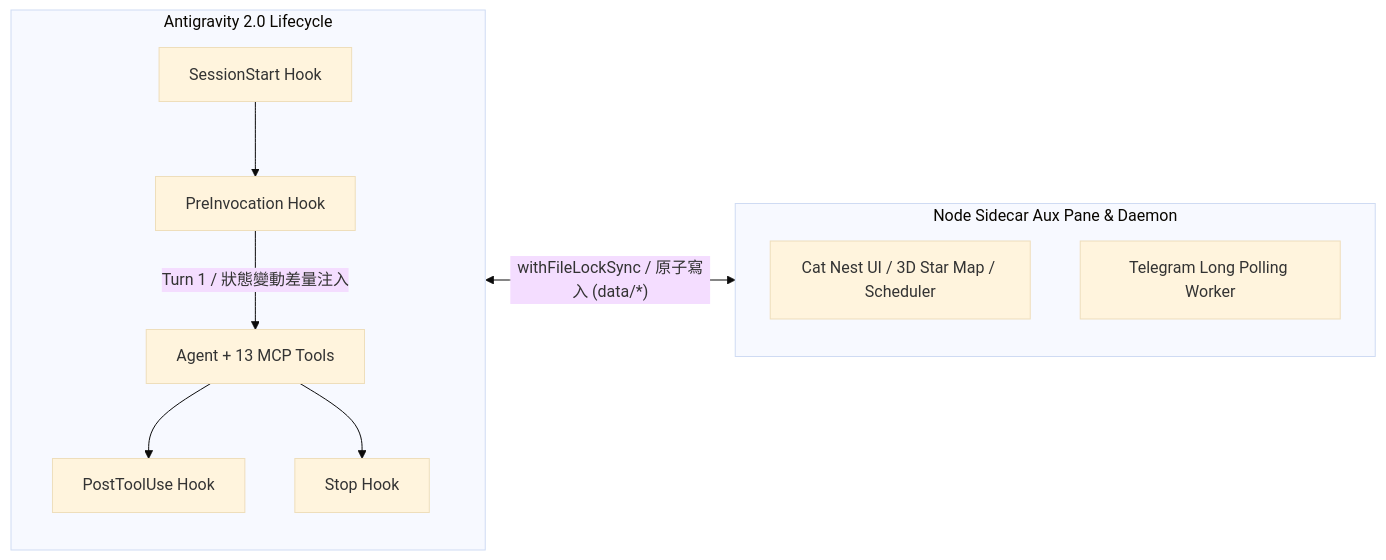
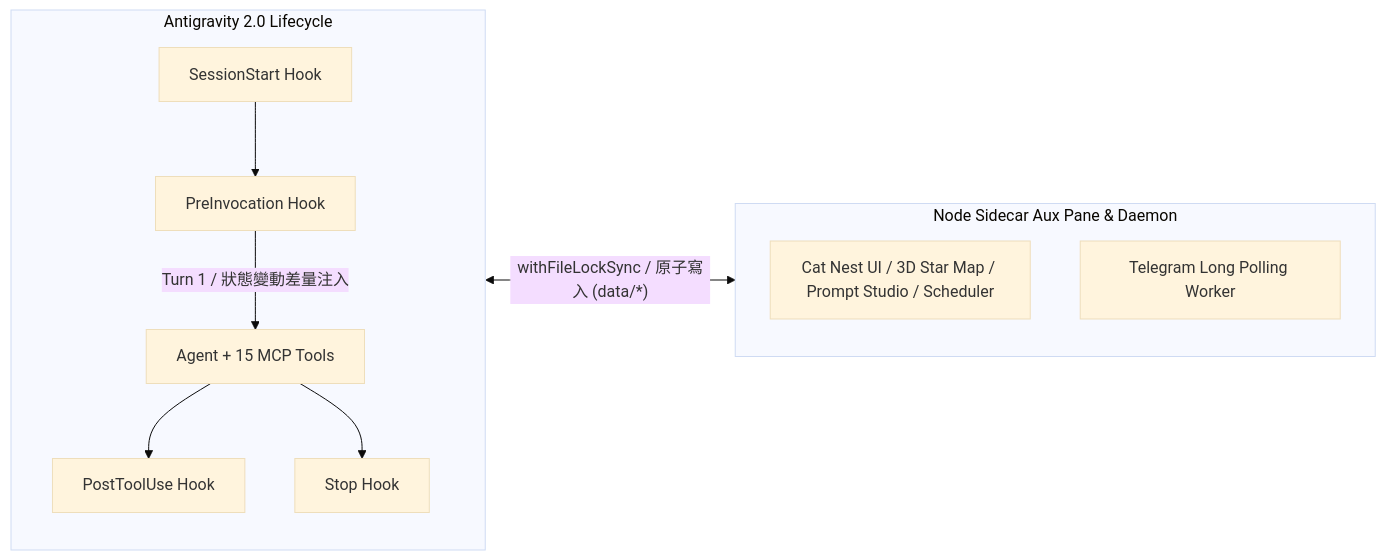
The diagram in README.md (Xuan52766/agy-gemini-chan), drawn with Mermaid (base theme) before and after one commit. The commit also changed other lines of this file and 6 other files, not shown here.

````diff
--- a/README.md
+++ b/README.md
@@ -122,14 +123,14 @@
 ```mermaid
 flowchart LR
   subgraph Host["Antigravity 2.0 Lifecycle"]
     SS["SessionStart Hook"] --> PI["PreInvocation Hook"]
-    PI -->|"Turn 1 / 狀態變動差量注入"| LLM["Agent + 13 MCP Tools"]
+    PI -->|"Turn 1 / 狀態變動差量注入"| LLM["Agent + 15 MCP Tools"]
     LLM --> PT["PostToolUse Hook"]
     LLM --> ST["Stop Hook"]
   end
   subgraph Sidecar["Node Sidecar Aux Pane & Daemon"]
-    UI["Cat Nest UI / 3D Star Map / Scheduler"]
+    UI["Cat Nest UI / 3D Star Map / Prompt Studio / Scheduler"]
     TG["Telegram Long Polling Worker"]
   end
   Host <-->|"withFileLockSync / 原子寫入 (data/*)"| Sidecar
 ```
````
